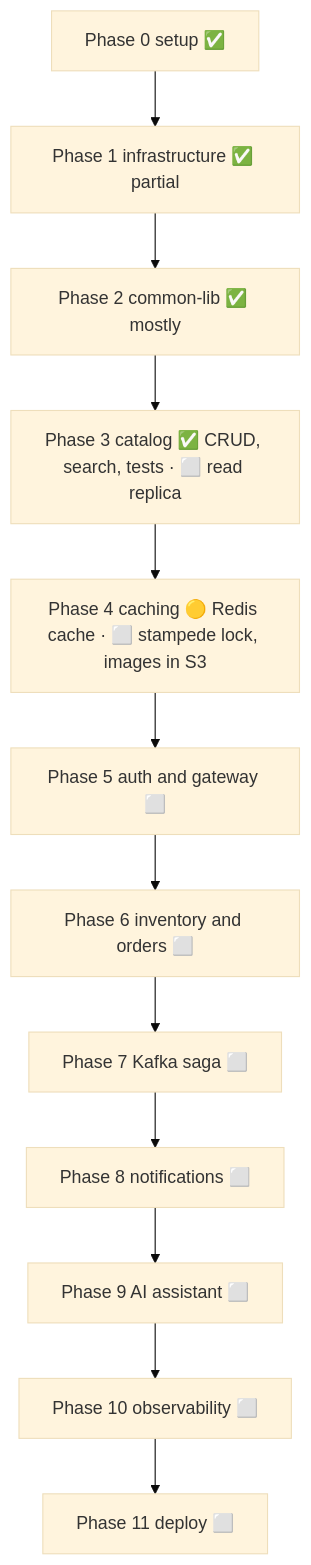
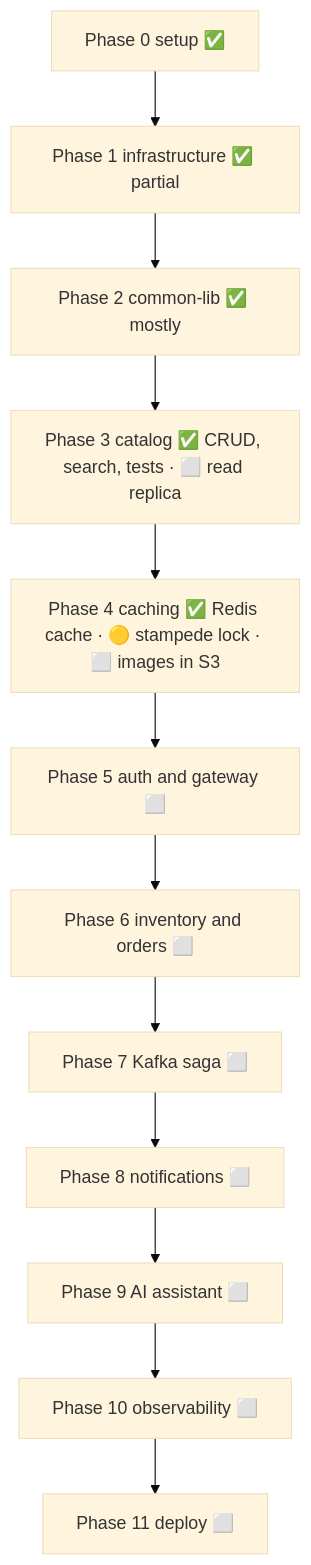
One commit to Chinu99380955899/e-commerce-microservices changed the second of 5 diagrams in docs/CONCEPTS.md. Above: the diagram before and after it, drawn with Mermaid (base theme). The commit also changed other lines of this file and 8 other files, not shown here.

First line of the commit message:
feat(catalog): stampede protection with a per-key Redis lock

````diff
--- a/docs/CONCEPTS.md
+++ b/docs/CONCEPTS.md
@@ -66,14 +66,14 @@
 ```mermaid
 flowchart TD
     P0[Phase 0 setup ✅] --> P1[Phase 1 infrastructure ✅ partial]
     P1 --> P2[Phase 2 common-lib ✅ mostly]
     P2 --> P3[Phase 3 catalog ✅ CRUD, search, tests · ⬜ read replica]
-    P3 --> P4[Phase 4 caching 🟡 Redis cache · ⬜ stampede lock, images in S3]
+    P3 --> P4[Phase 4 caching ✅ Redis cache · 🟡 stampede lock · ⬜ images in S3]
     P4 --> P5[Phase 5 auth and gateway ⬜]
     P5 --> P6[Phase 6 inventory and orders ⬜]
     P6 --> P7[Phase 7 Kafka saga ⬜]
     P7 --> P8[Phase 8 notifications ⬜]
     P8 --> P9[Phase 9 AI assistant ⬜]
     P9 --> P10[Phase 10 observability ⬜]
     P10 --> P11[Phase 11 deploy ⬜]
 ```
````
